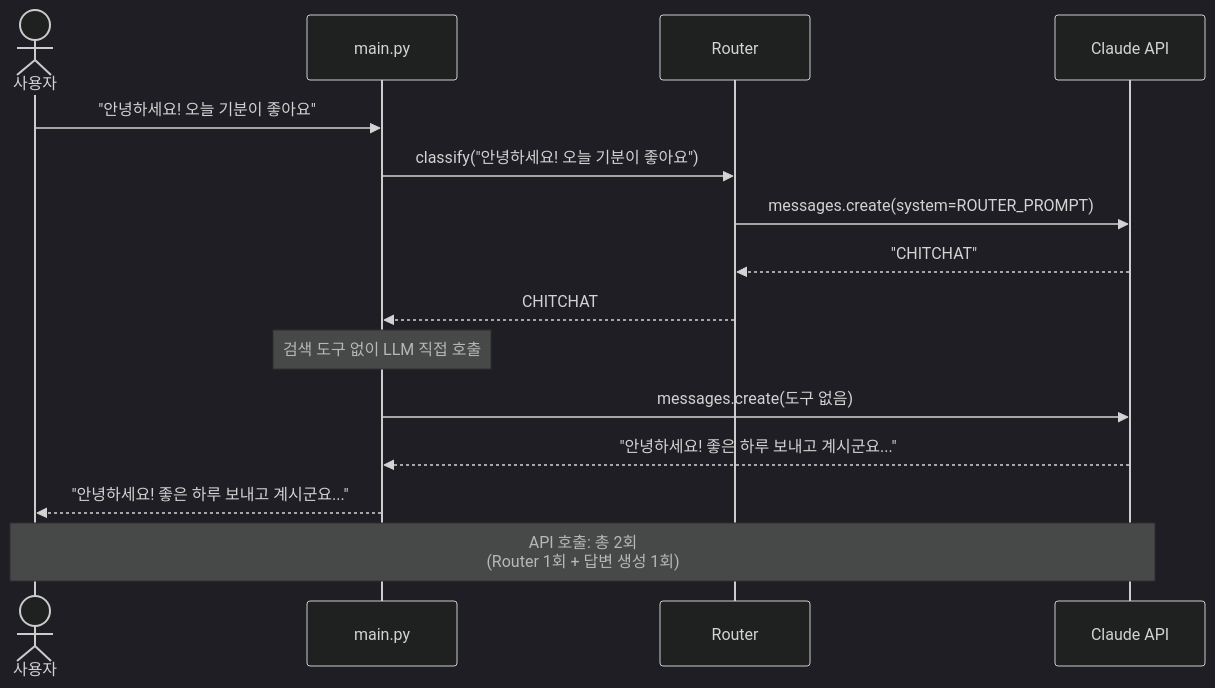
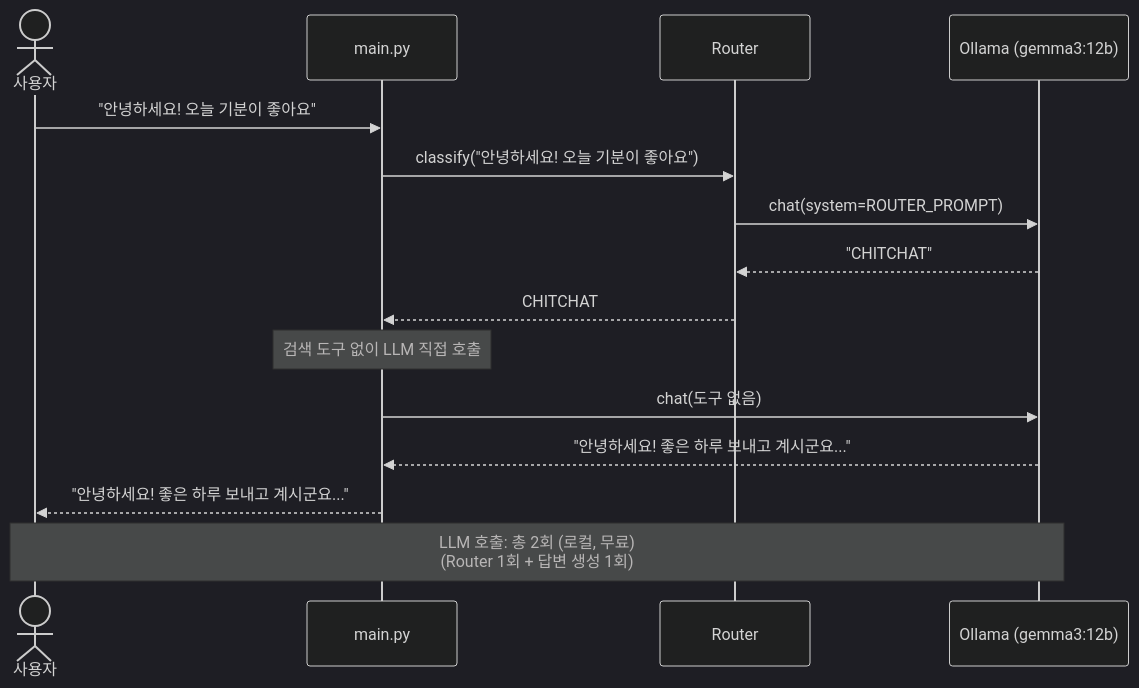
One commit to laurus-kpa007/agentic-rag-bot changed the fifth of 13 diagrams in docs/api-and-data-flow.md. Above: the diagram before and after it, drawn with Mermaid (dark theme). The commit also changed other lines of this file and 4 other files, not shown here.

````diff
--- a/docs/api-and-data-flow.md
+++ b/docs/api-and-data-flow.md
@@ -181,23 +196,23 @@
 ```mermaid
 sequenceDiagram
     actor User as 사용자
     participant Main as main.py
     participant Router as Router
-    participant Claude as Claude API
+    participant LLM as Ollama (gemma3:12b)
 
     User->>Main: "안녕하세요! 오늘 기분이 좋아요"
 
     Main->>Router: classify("안녕하세요! 오늘 기분이 좋아요")
-    Router->>Claude: messages.create(system=ROUTER_PROMPT)
-    Claude-->>Router: "CHITCHAT"
+    Router->>LLM: chat(system=ROUTER_PROMPT)
+    LLM-->>Router: "CHITCHAT"
     Router-->>Main: CHITCHAT
 
     Note over Main: 검색 도구 없이 LLM 직접 호출
 
-    Main->>Claude: messages.create(도구 없음)
-    Claude-->>Main: "안녕하세요! 좋은 하루 보내고 계시군요..."
+    Main->>LLM: chat(도구 없음)
+    LLM-->>Main: "안녕하세요! 좋은 하루 보내고 계시군요..."
 
     Main-->>User: "안녕하세요! 좋은 하루 보내고 계시군요..."
 
-    Note over User,Claude: API 호출: 총 2회<br/>(Router 1회 + 답변 생성 1회)
+    Note over User,LLM: LLM 호출: 총 2회 (로컬, 무료)<br/>(Router 1회 + 답변 생성 1회)
 ```
````
